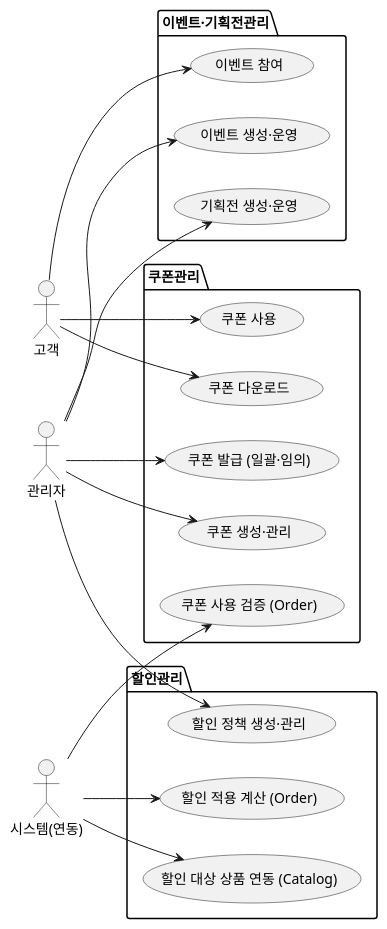
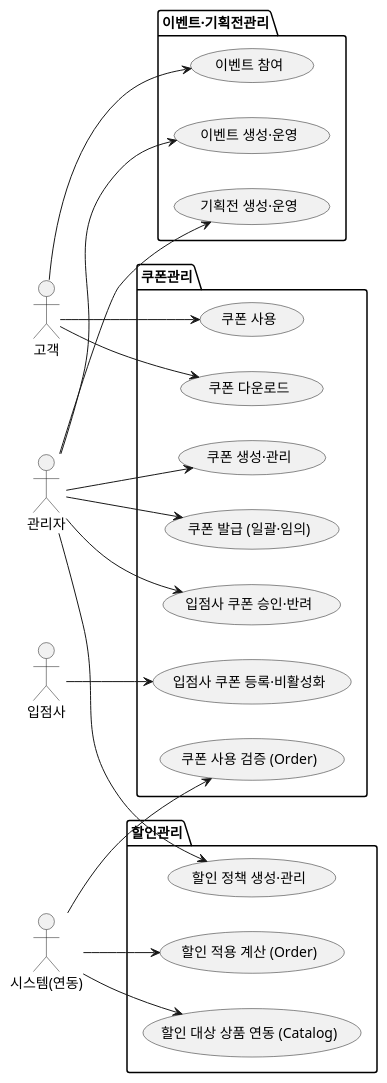
One commit to parknahyun/runNShop changed the diagram in docs/deliverables/S2-구조설계/DC-상위유스케이스/promotion.md. Above: the diagram before and after it, drawn with PlantUML. The commit also changed other lines of this file and 2 other files, not shown here.

First line of the commit message:
docs: DC·DD·DH Promotion partner 쿠폰 '협의 대기' 해제 (#7) (#8)

````diff
--- a/docs/deliverables/S2-구조설계/DC-상위유스케이스/promotion.md
+++ b/docs/deliverables/S2-구조설계/DC-상위유스케이스/promotion.md
@@ -95,44 +100,49 @@
 ```plantuml
 @startuml
 left to right direction
 skinparam backgroundColor transparent
 
 actor 관리자 as Admin
 actor 고객 as Customer
 actor "시스템(연동)" as SysLink
+actor 입점사 as Partner
 
 package "쿠폰관리" {
   usecase "쿠폰 생성·관리" as UC1
   usecase "쿠폰 발급 (일괄·임의)" as UC2
   usecase "쿠폰 다운로드" as UC3
   usecase "쿠폰 사용" as UC4
   usecase "쿠폰 사용 검증 (Order)" as UC5
+  usecase "입점사 쿠폰 등록·비활성화" as UC12
+  usecase "입점사 쿠폰 승인·반려" as UC13
 }
 
 package "할인관리" {
   usecase "할인 정책 생성·관리" as UC6
   usecase "할인 적용 계산 (Order)" as UC7
   usecase "할인 대상 상품 연동 (Catalog)" as UC8
 }
 
 package "이벤트·기획전관리" {
   usecase "이벤트 생성·운영" as UC9
   usecase "이벤트 참여" as UC10
   usecase "기획전 생성·운영" as UC11
 }
 
 Admin --> UC1
 Admin --> UC2
 Customer --> UC3
 Customer --> UC4
 SysLink --> UC5
+Partner --> UC12
+Admin --> UC13
 
 Admin --> UC6
 SysLink --> UC7
 SysLink --> UC8
 
 Admin --> UC9
 Customer --> UC10
 Admin --> UC11
 @enduml
 ```
````
